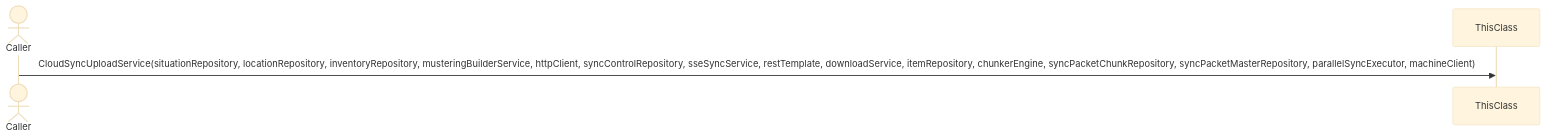
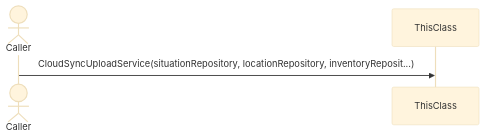
The second of 16 diagrams in docs/CloudSyncUploadService.md (FelipeMCassiano/geanky), drawn with Mermaid (base theme) before and after one commit. The commit also changed other lines of this file and 4 other files, not shown here.

````diff
--- a/docs/CloudSyncUploadService.md
+++ b/docs/CloudSyncUploadService.md
@@ -242,8 +242,8 @@
 ```mermaid
 sequenceDiagram
     actor Caller
     participant ThisClass
 
-    Caller->>ThisClass: CloudSyncUploadService(situationRepository, locationRepository, inventoryRepository, musteringBuilderService, httpClient, syncControlRepository, sseSyncService, restTemplate, downloadService, itemRepository, chunkerEngine, syncPacketChunkRepository, syncPacketMasterRepository, parallelSyncExecutor, machineClient)
+    Caller->>ThisClass: CloudSyncUploadService(situationRepository, locationRepository, inventoryReposit...)
 
 ```
````
